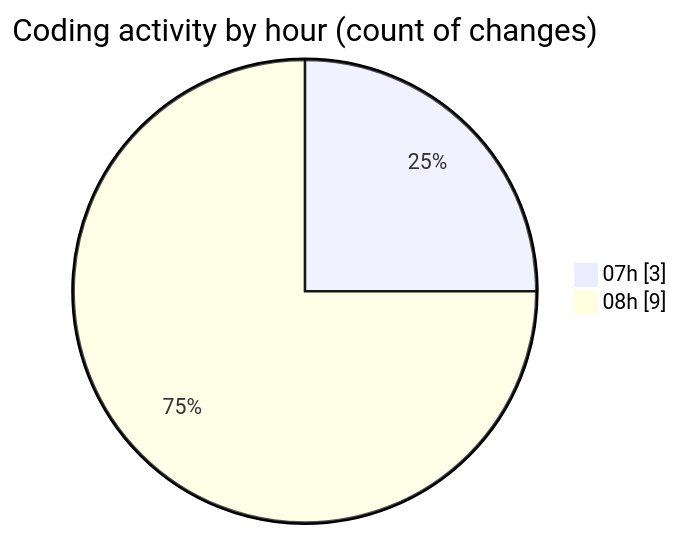
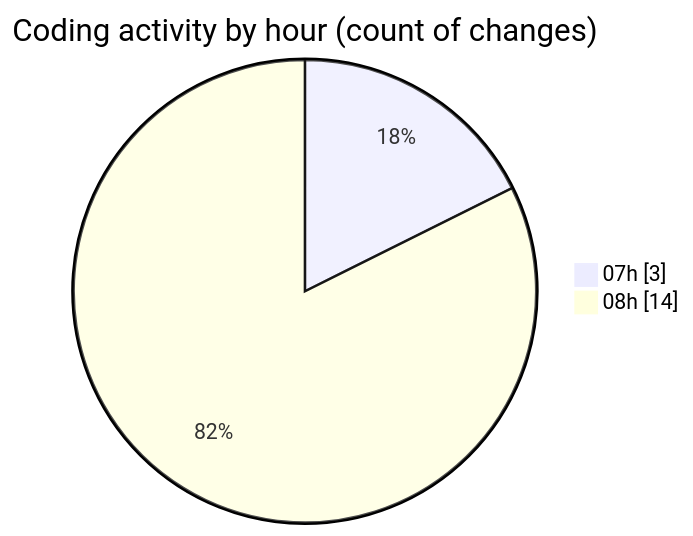
One commit to MatusMokan/code-tracking changed the second of 2 diagrams in 2025-05-07/myws__workspace_/README.md. Above: the diagram before and after it, drawn with Mermaid. The commit also changed other lines of this file and 1 other file, not shown here.

````diff
--- a/2025-05-07/myws__workspace_/README.md
+++ b/2025-05-07/myws__workspace_/README.md
@@ -28,6 +28,6 @@
 ```mermaid
 pie showData
 title Coding activity by hour (count of changes)
 "07h" : 3
-"08h" : 9
+"08h" : 14
 ```
````
